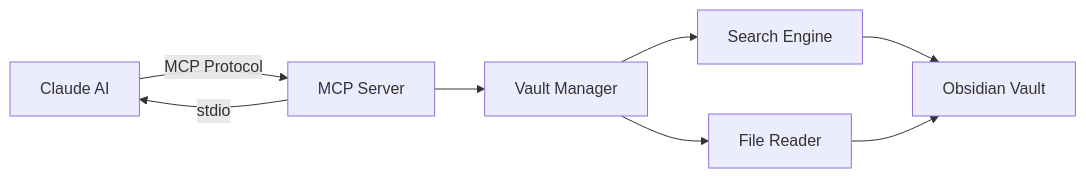
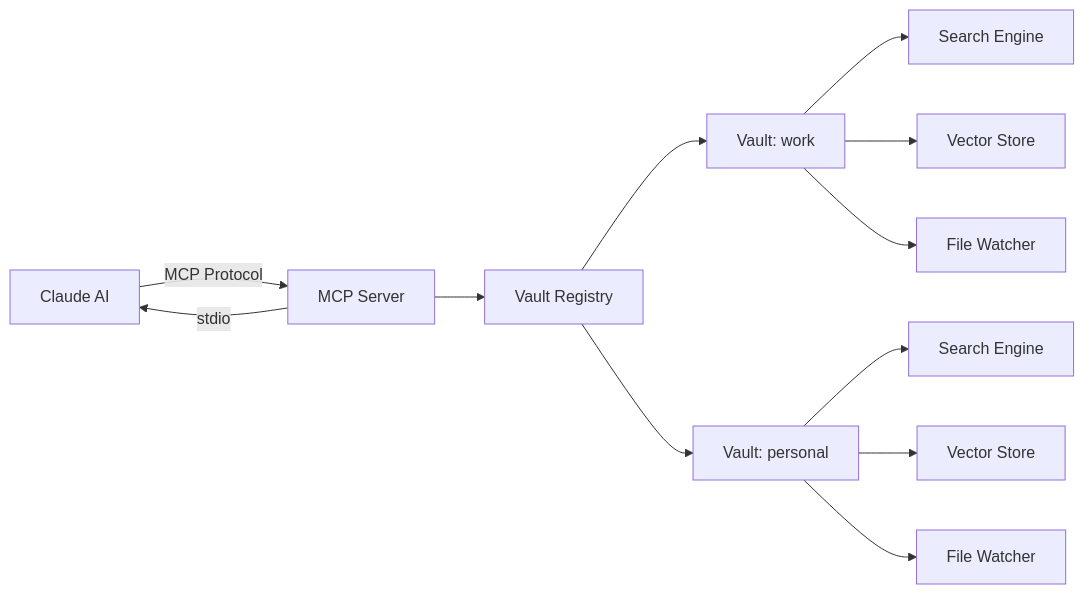
Before and after one commit to frstlvl/obsidian-mcp-server: the diagram in README.md, drawn with Mermaid. The commit also changed other lines of this file and 5 other files, not shown here.

````diff
--- a/README.md
+++ b/README.md
@@ -379,10 +375,14 @@
 ```mermaid
 graph LR
     A[Claude AI] -->|MCP Protocol| B[MCP Server]
     B -->|stdio| A
-    B --> C[Vault Manager]
-    C --> D[Search Engine]
-    C --> E[File Reader]
-    D --> F[Obsidian Vault]
-    E --> F
+    B --> C[Vault Registry]
+    C --> D1[Vault: work]
+    C --> D2[Vault: personal]
+    D1 --> E1[Search Engine]
+    D1 --> F1[Vector Store]
+    D1 --> G1[File Watcher]
+    D2 --> E2[Search Engine]
+    D2 --> F2[Vector Store]
+    D2 --> G2[File Watcher]
 ```
````
